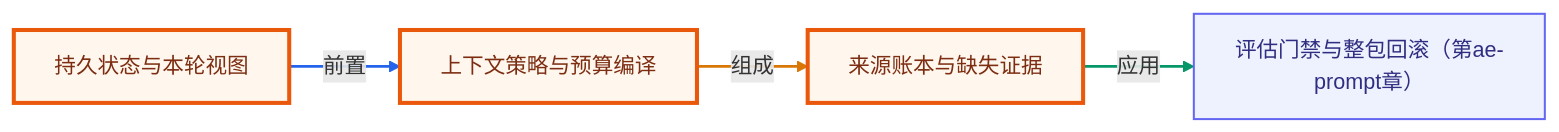
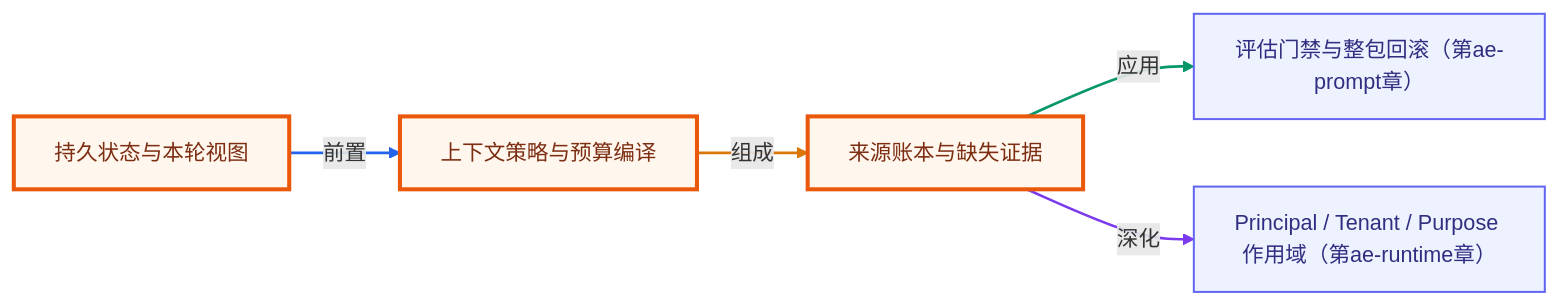
One commit to songuu/agent changed the second of 2 diagrams in agent-engineering/02-context-compiler/README.md. Above: the diagram before and after it, drawn with Mermaid. The commit also changed other lines of this file and 58 other files, not shown here.

````diff
--- a/agent-engineering/02-context-compiler/README.md
+++ b/agent-engineering/02-context-compiler/README.md
@@ -168,17 +168,20 @@
 ```mermaid
 graph LR
   classDef own fill:#fff7ed,stroke:#ea580c,stroke-width:3px,color:#7c2d12;
   classDef cross fill:#eef2ff,stroke:#6366f1,stroke-width:1.5px,color:#312e81;
   n_caectx_persistent_sources["持久状态与本轮视图"]
   n_caectx_policy_budget["上下文策略与预算编译"]
   n_caectx_provenance_ledger["来源账本与缺失证据"]
   n_caeprompt_release_rollback["评估门禁与整包回滚（第ae-prompt章）"]
+  n_caeruntime_principal_purpose["Principal / Tenant / Purpose 作用域（第ae-runtime章）"]
   n_caectx_persistent_sources -->|前置| n_caectx_policy_budget
   n_caectx_policy_budget -->|组成| n_caectx_provenance_ledger
   n_caectx_provenance_ledger -->|应用| n_caeprompt_release_rollback
+  n_caectx_provenance_ledger -->|深化| n_caeruntime_principal_purpose
   class n_caectx_persistent_sources,n_caectx_policy_budget,n_caectx_provenance_ledger own;
-  class n_caeprompt_release_rollback cross;
+  class n_caeprompt_release_rollback,n_caeruntime_principal_purpose cross;
   linkStyle 0 stroke:#2563eb,stroke-width:2px;
   linkStyle 1 stroke:#d97706,stroke-width:2px;
   linkStyle 2 stroke:#059669,stroke-width:2px;
+  linkStyle 3 stroke:#7c3aed,stroke-width:2px;
 ```
````
